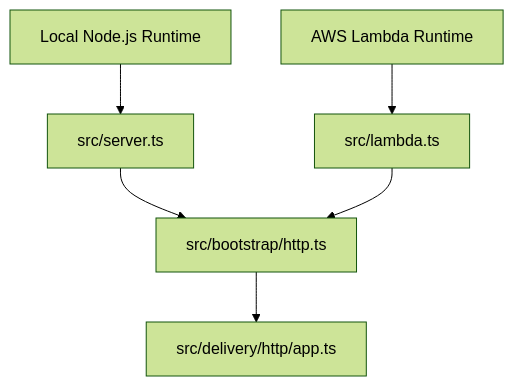
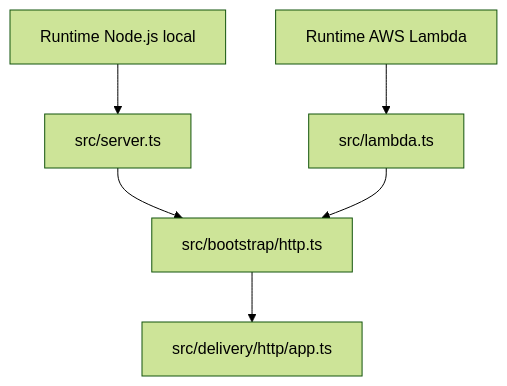
One commit to ffakira/orbis changed the second of 2 diagrams in docs/architecture.md. Above: the diagram before and after it, drawn with Mermaid (forest theme). The commit also changed other lines of this file and 4 other files, not shown here.

````diff
--- a/docs/architecture.md
+++ b/docs/architecture.md
@@ -232,19 +192,17 @@
 ```mermaid
 flowchart TB
-    Local["Local Node.js Runtime"]
-    Lambda["AWS Lambda Runtime"]
+    Local["Runtime Node.js local"]
+    Lambda["Runtime AWS Lambda"]
 
     Server["src/server.ts"]
     LambdaEntry["src/lambda.ts"]
 
     Bootstrap["src/bootstrap/http.ts"]
     App["src/delivery/http/app.ts"]
 
     Local --> Server
     Lambda --> LambdaEntry
-
     Server --> Bootstrap
     LambdaEntry --> Bootstrap
-
     Bootstrap --> App
 ```
````
